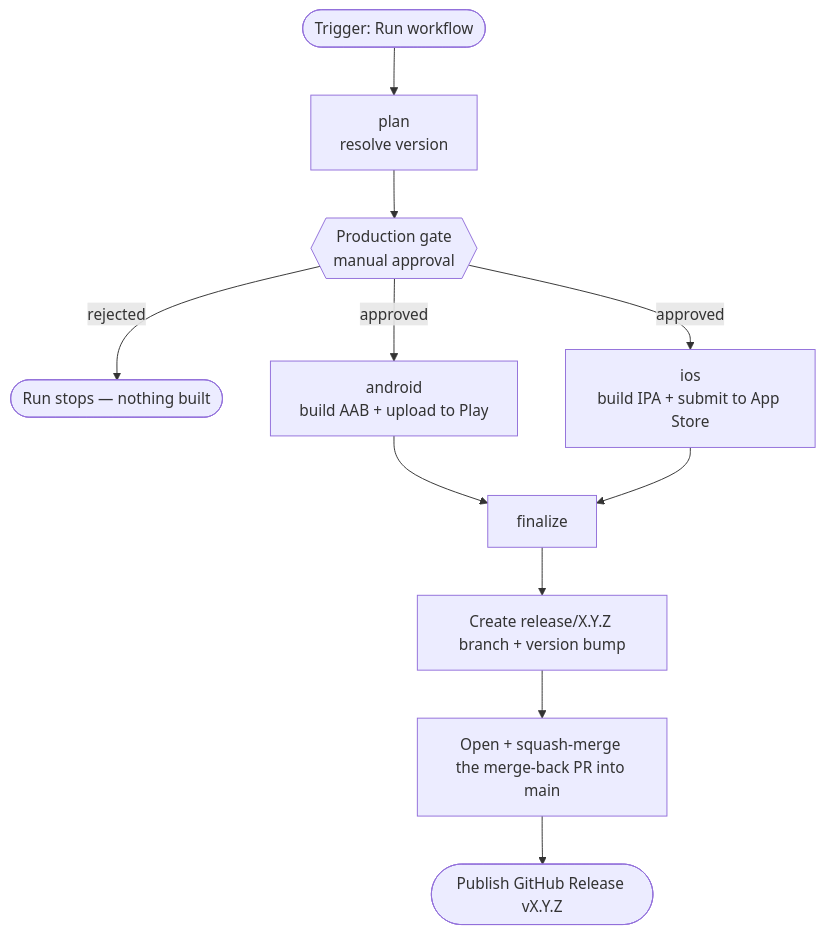
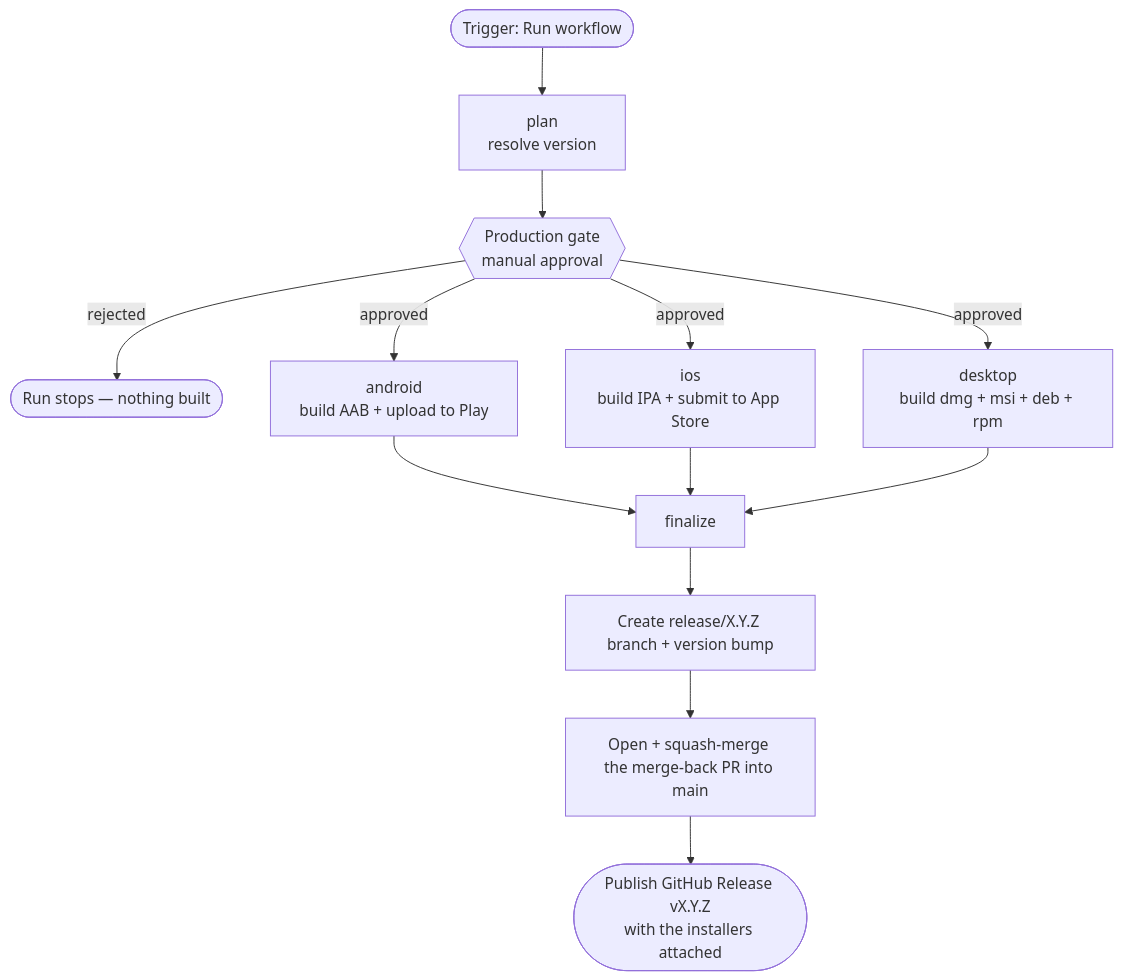
The first of 2 diagrams in docs/release-process.md (Quartel-Enterprise/bible-planner-mobile-client), drawn with Mermaid before and after one commit. The commit also changed other lines of this file and 6 other files, not shown here.

Commit message:
fix: restore the desktop jlink modules and package installers in CI (#302)

````diff
--- a/docs/release-process.md
+++ b/docs/release-process.md
@@ -18,13 +19,15 @@
 ```mermaid
 flowchart TD
     A([Trigger: Run workflow]) --> B[plan<br/>resolve version]
     B --> G{{Production gate<br/>manual approval}}
     G -->|rejected| X([Run stops — nothing built])
     G -->|approved| D[android<br/>build AAB + upload to Play]
     G -->|approved| E[ios<br/>build IPA + submit to App Store]
+    G -->|approved| H[desktop<br/>build dmg + msi + deb + rpm]
     D --> F[finalize]
     E --> F
+    H --> F
     F --> F1[Create release/X.Y.Z branch + version bump]
     F1 --> F2[Open + squash-merge the merge-back PR into main]
-    F2 --> F3([Publish GitHub Release vX.Y.Z])
+    F2 --> F3([Publish GitHub Release vX.Y.Z<br/>with the installers attached])
 ```
````
